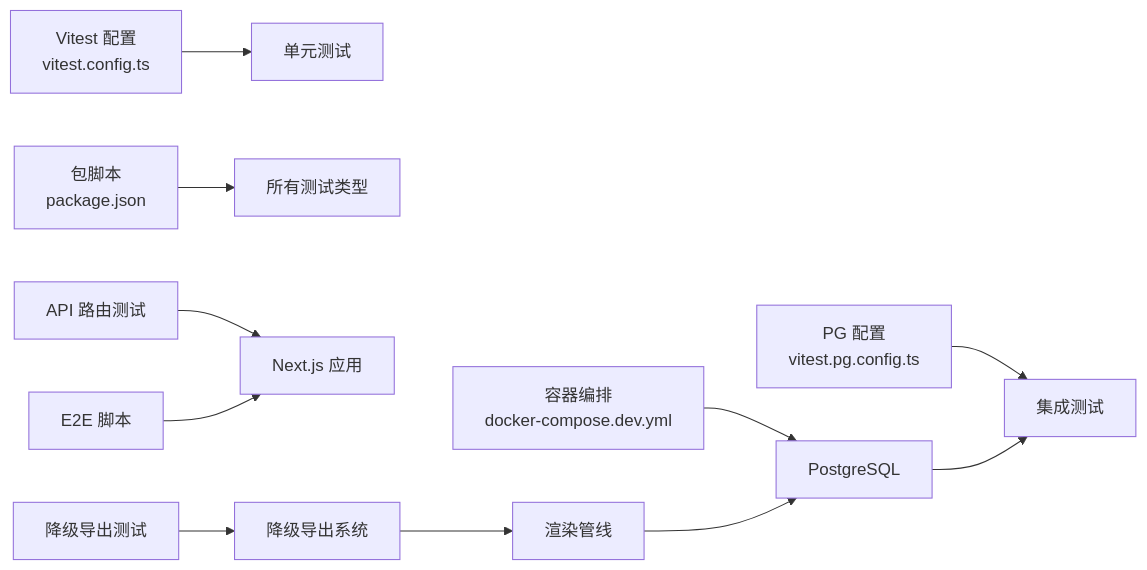
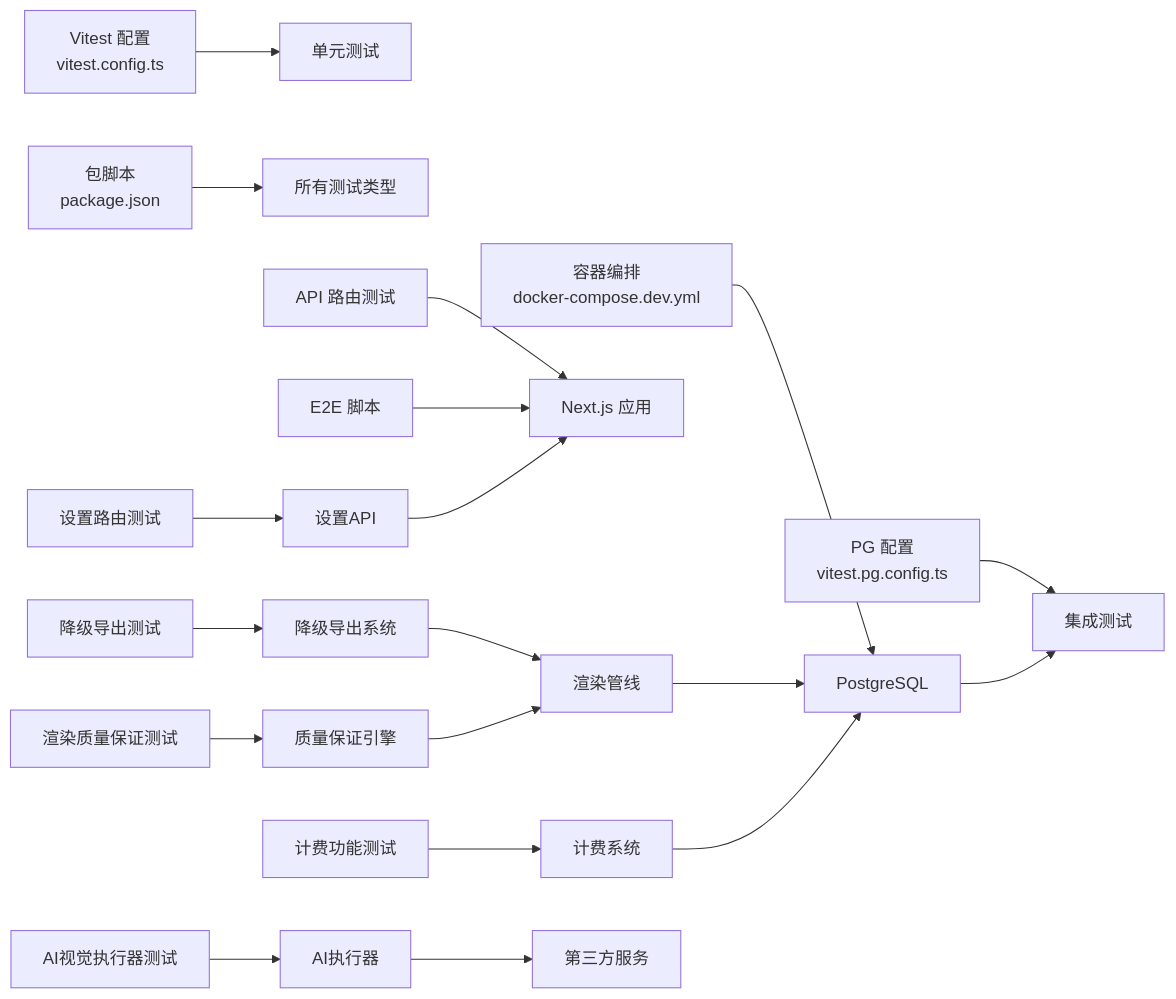
Diagram 12 of 12 in .qoder/repowiki/zh/content/测试策略/测试策略.md (scottcwy/PurpleInk), drawn with Mermaid before and after one commit. The commit also changed other lines of this file and 48 other files, not shown here.

````diff
--- a/.qoder/repowiki/zh/content/测试策略/测试策略.md
+++ b/.qoder/repowiki/zh/content/测试策略/测试策略.md
@@ -391,13 +695,21 @@
 ```mermaid
 graph LR
 VT["Vitest 配置<br/>vitest.config.ts"] --> UT["单元测试"]
 VPG["PG 配置<br/>vitest.pg.config.ts"] --> IT["集成测试"]
 PKG["包脚本<br/>package.json"] --> ALL["所有测试类型"]
 DC["容器编排<br/>docker-compose.dev.yml"] --> DB["PostgreSQL"]
 DB --> IT
 API["API 路由测试"] --> APP["Next.js 应用"]
 FE["E2E 脚本"] --> APP
 DE["降级导出测试"] --> DS["降级导出系统"]
 DS --> RT["渲染管线"]
 RT --> DB
+BL["计费功能测试"] --> BS["计费系统"]
+BS --> DB
+ST["设置路由测试"] --> SA["设置API"]
+SA --> APP
+AI["AI视觉执行器测试"] --> AE["AI执行器"]
+AE --> EX["第三方服务"]
+QA["渲染质量保证测试"] --> QE["质量保证引擎"]
+QE --> RT
 ```
````
